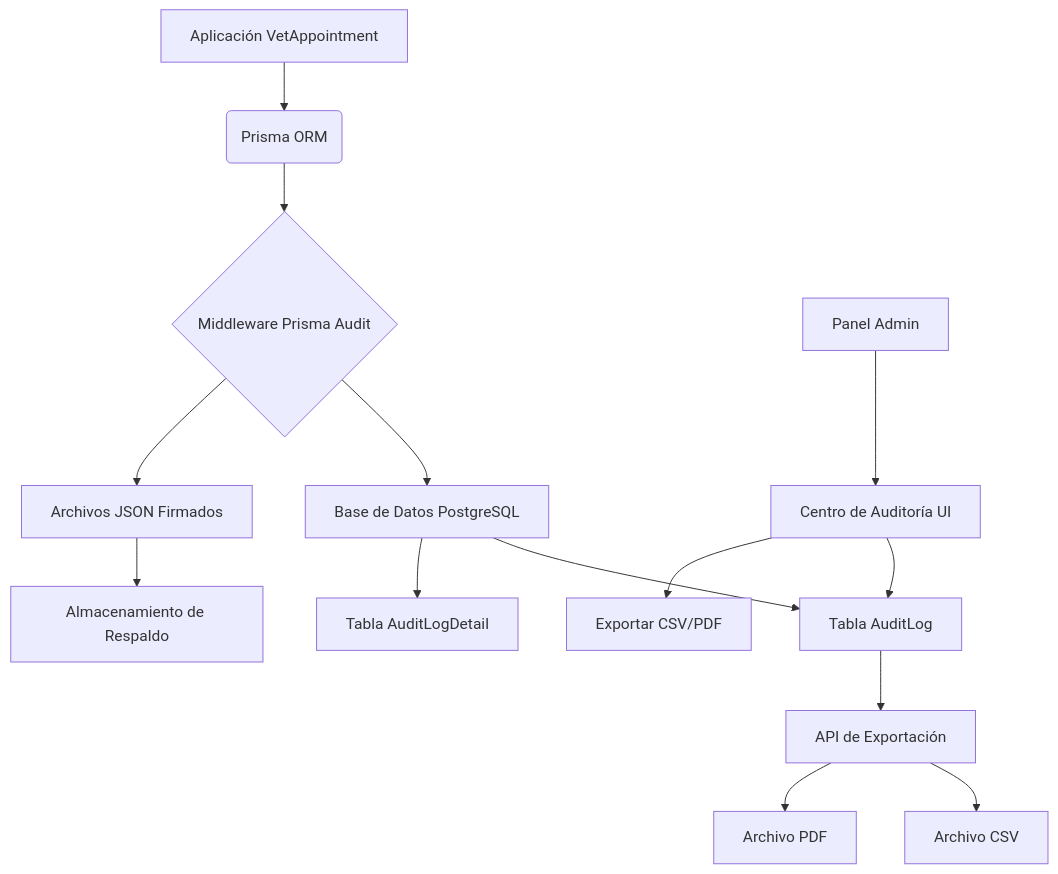
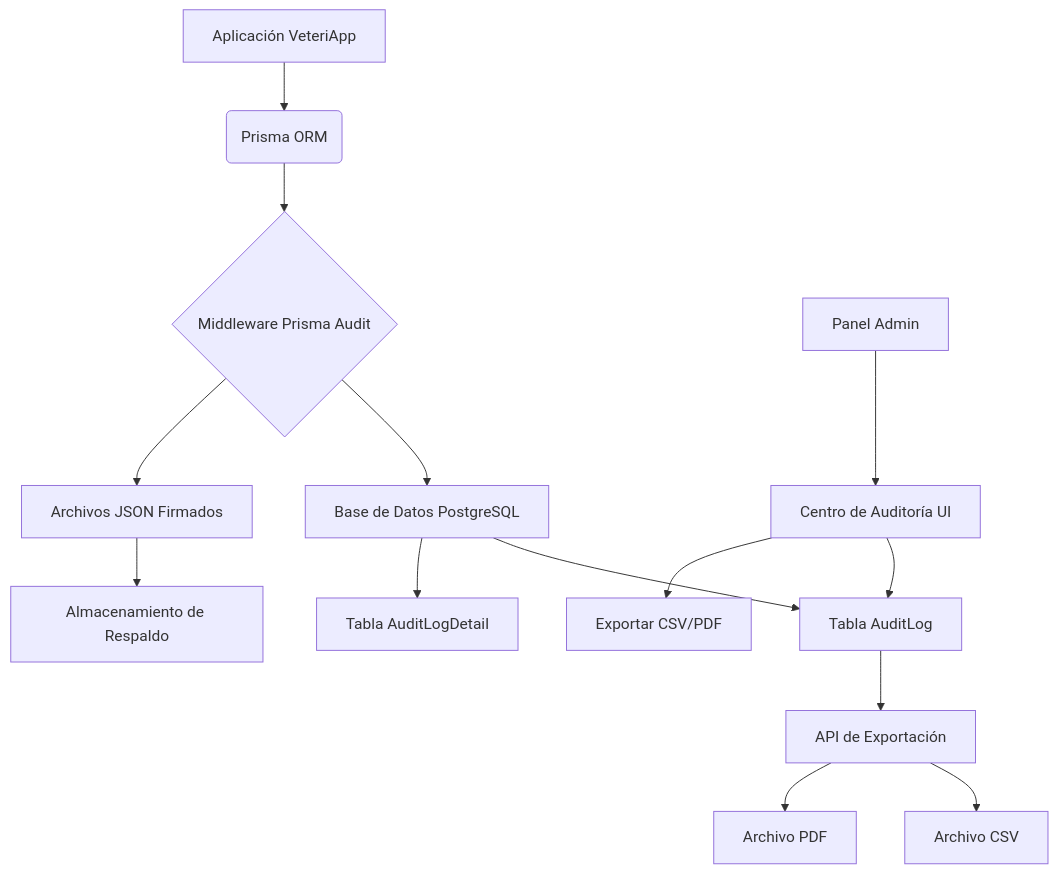
Before and after one commit to Haleymhm/Gestion-citas: the diagram in docs/SISTEMA-LOG-AUDITORIA.md, drawn with Mermaid. The commit also changed other lines of this file and 3 other files, not shown here.

Commit message:
fix: Nombres inconsistentes: "VetAppoint" vs "VeteriApp" en PDFs

````diff
--- a/docs/SISTEMA-LOG-AUDITORIA.md
+++ b/docs/SISTEMA-LOG-AUDITORIA.md
@@ -82,18 +82,18 @@
 ```mermaid
 graph TD
-    A[Aplicación VetAppointment] --> B(Prisma ORM)
+    A[Aplicación VeteriApp] --> B(Prisma ORM)
     B --> C{Middleware Prisma Audit}
     C --> D[Base de Datos PostgreSQL]
     C --> E[Archivos JSON Firmados]
     D --> F[Tabla AuditLog]
     D --> G[Tabla AuditLogDetail]
     E --> H[Almacenamiento de Respaldo]
 
     F --> I[API de Exportación]
     I --> J[Archivo CSV]
     I --> K[Archivo PDF]
 
     L[Panel Admin] --> M[Centro de Auditoría UI]
     M --> F
     M --> N[Exportar CSV/PDF]
 ```
````
